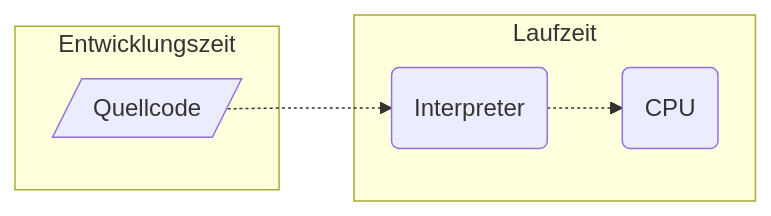
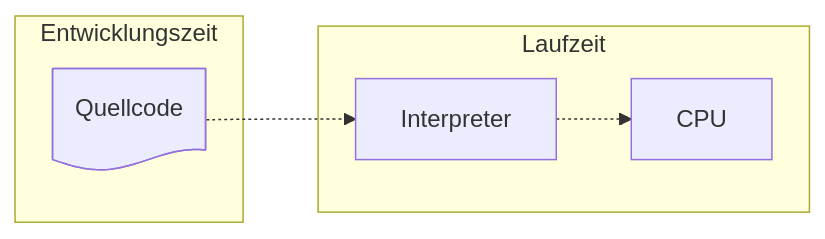
One commit to jappuccini/java-docs changed the sixth of 7 diagrams in docs/documentation/coding.mdx. Above: the diagram before and after it, drawn with Mermaid. The commit also changed other lines of this file and 26 other files, not shown here.

Commit message:
Update Mermaid Format

````diff
--- a/docs/documentation/coding.mdx
+++ b/docs/documentation/coding.mdx
@@ -149,13 +148,13 @@
 ```mermaid
 flowchart LR
-    sourcecode[/Quellcode/]
-    interpreter(Interpreter)
-    cpu(CPU)
-    subgraph Entwicklungszeit
-        sourcecode
-    end
-    subgraph Laufzeit
-        interpreter -.-> cpu
-    end
-    sourcecode -.-> interpreter
+   sourcecode[Quellcode]@{ shape: doc }
+   interpreter[Interpreter]
+   cpu[CPU]
+   subgraph Entwicklungszeit
+      sourcecode
+   end
+   subgraph Laufzeit
+      interpreter -.-> cpu
+   end
+   sourcecode -.-> interpreter
 ```
````
